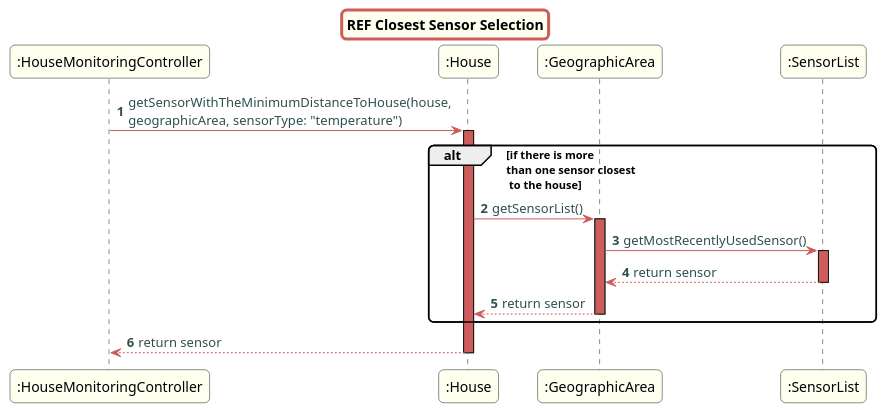
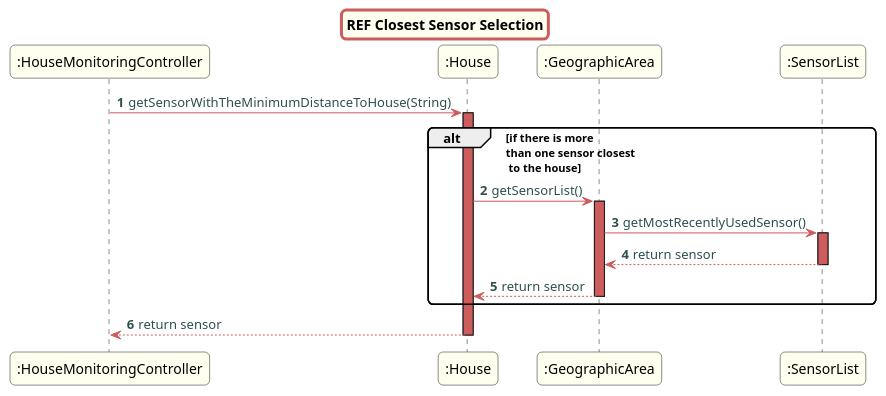
The diagram in src/doc/Controllers/HouseMonitoring/US633/REFSensorSelection.puml (Almadanmp/project), drawn with PlantUML before and after one commit. The commit also changed 3 other files, not shown here.

Commit message:
REF #161 updates sequence diagram

```diff
--- a/src/doc/Controllers/HouseMonitoring/US633/REFSensorSelection.puml
+++ b/src/doc/Controllers/HouseMonitoring/US633/REFSensorSelection.puml
@@ -1,44 +1,44 @@
 @startuml
 skinparam titleBorderRoundCorner 10
 skinparam titleBorderThickness 3
 skinparam titleBorderColor indianred
 skinparam titleBackgroundColor ivory
 skinparam FontName quicksand
 
 skinparam actor {
   BorderColor indianred
   }
 
 skinparam sequence {
   LifeLineBackgroundColor indianred
   ParticipantBackgroundColor ivory
 }
 
 skinparam roundcorner 10
 
 skinparam component {
   arrowThickness 1
   ArrowFontName Verdana
   ArrowColor indianred
   ArrowFontColor darkslategrey
 }
 
 title REF Closest Sensor Selection
 autonumber
 
-":HouseMonitoringController"->":House":getSensorWithTheMinimumDistanceToHouse(house,\ngeographicArea, sensorType: "temperature")
+":HouseMonitoringController"->":House":getSensorWithTheMinimumDistanceToHouse(String)
 activate ":House"
 alt if there is more \nthan one sensor closest\n to the house
 ":House"->":GeographicArea":getSensorList()
 activate ":GeographicArea"
 ":GeographicArea"->":SensorList":getMostRecentlyUsedSensor()
 activate ":SensorList"
 ":SensorList"-->":GeographicArea": return sensor
 deactivate ":SensorList"
 ":GeographicArea"-->":House": return sensor
 deactivate ":GeographicArea"
 end
 ":House"-->":HouseMonitoringController": return sensor
 deactivate ":House"
 
 @enduml
```
